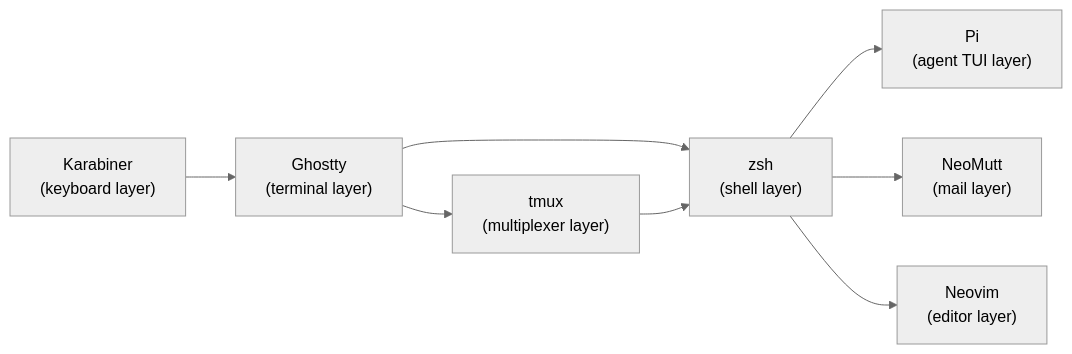
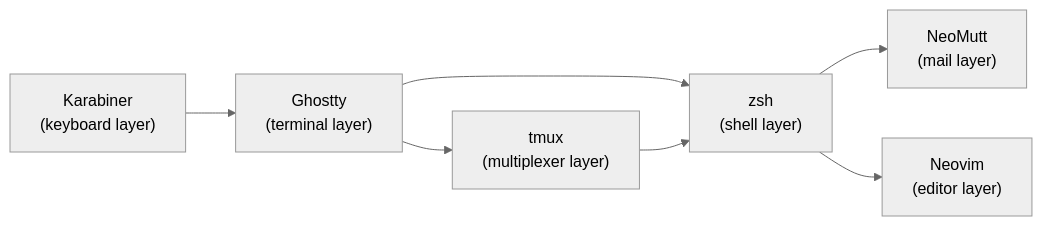
Before and after one commit to mbastakis/dotfiles: the first of 3 diagrams in docs/shortcuts.md, drawn with Mermaid (neutral theme). The commit also changed other lines of this file and 16 other files, not shown here.

````diff
--- a/docs/shortcuts.md
+++ b/docs/shortcuts.md
@@ -7,10 +7,9 @@
 ```mermaid
 flowchart LR
   K["Karabiner<br/>(keyboard layer)"] --> G["Ghostty<br/>(terminal layer)"]
   G --> T["tmux<br/>(multiplexer layer)"]
   G --> Z["zsh<br/>(shell layer)"]
   T --> Z
-  Z --> P["Pi<br/>(agent TUI layer)"]
   Z --> M["NeoMutt<br/>(mail layer)"]
   Z --> N["Neovim<br/>(editor layer)"]
 ```
````
